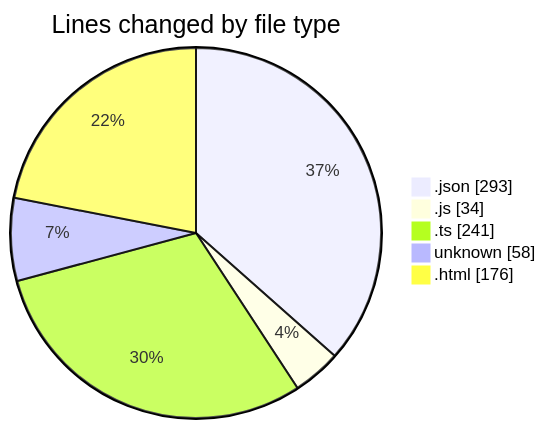
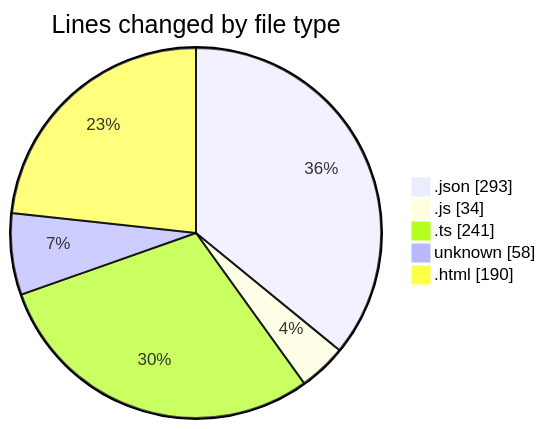
Before and after one commit to momahboobian/code-tracking: the first of 2 diagrams in 2025-05-12/news-clock-system-caspercg/README.md, drawn with Mermaid. The commit also changed other lines of this file and 1 other file, not shown here.

````diff
--- a/2025-05-12/news-clock-system-caspercg/README.md
+++ b/2025-05-12/news-clock-system-caspercg/README.md
@@ -32,9 +32,9 @@
 ```mermaid
 pie showData
 title Lines changed by file type
 ".json" : 293
 ".js" : 34
 ".ts" : 241
 "unknown" : 58
-".html" : 176
+".html" : 190
 ```
````
